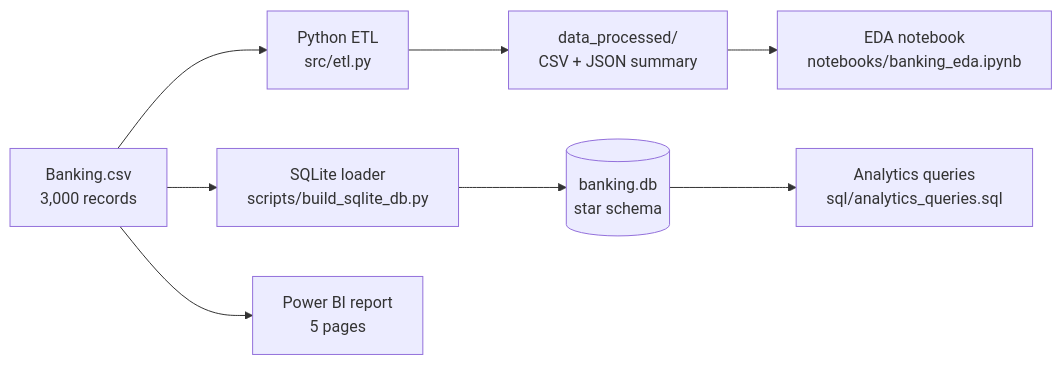
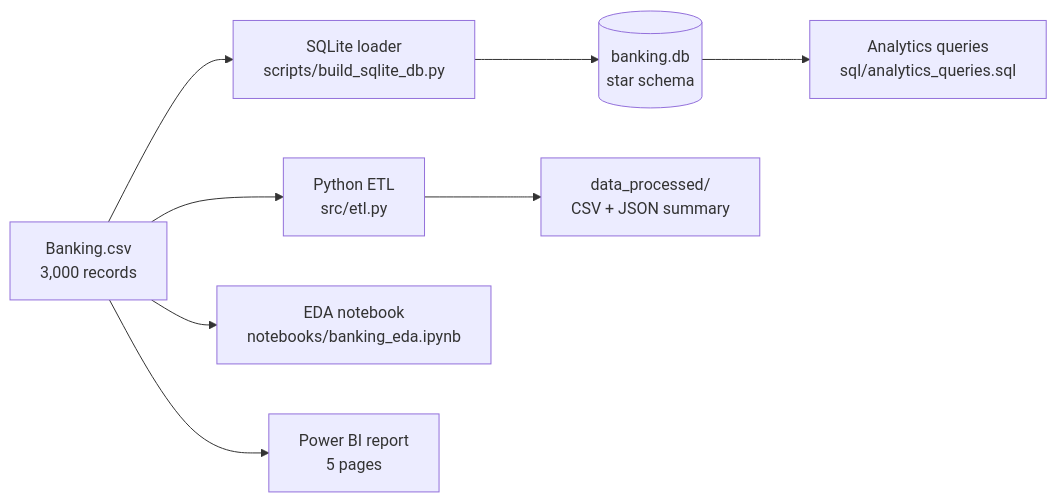
Before and after one commit to KOUSHIK1815/Banking-Analytics-Dashboard: the diagram in README.md, drawn with Mermaid. The commit also changed other lines of this file and 3 other files, not shown here.

````diff
--- a/README.md
+++ b/README.md
@@ -22,10 +22,10 @@
 ```mermaid
 flowchart LR
     A["Banking.csv<br/>3,000 records"] --> B["Python ETL<br/>src/etl.py"]
     A --> C["SQLite loader<br/>scripts/build_sqlite_db.py"]
     C --> D[("banking.db<br/>star schema")]
     D --> E["Analytics queries<br/>sql/analytics_queries.sql"]
     B --> F["data_processed/<br/>CSV + JSON summary"]
-    F --> G["EDA notebook<br/>notebooks/banking_eda.ipynb"]
+    A --> G["EDA notebook<br/>notebooks/banking_eda.ipynb"]
     A --> H["Power BI report<br/>5 pages"]
 ```
````
